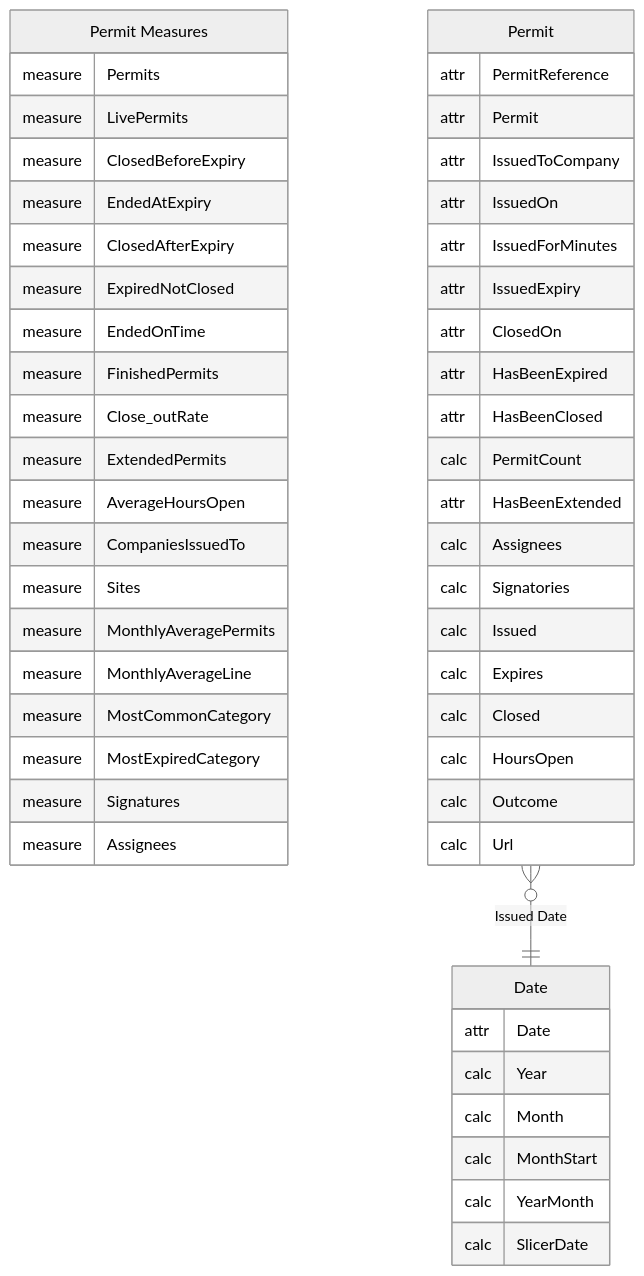
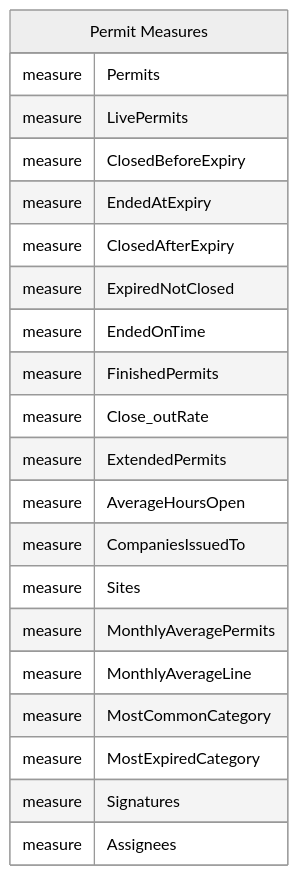
One commit to work-wallet/BIClient changed the seventh of 7 diagrams in PowerBISamplesModels/Permits.md. Above: the diagram before and after it, drawn with Mermaid. The commit also changed 17 other files, not shown here.

````diff
--- a/PowerBISamplesModels/Permits.md
+++ b/PowerBISamplesModels/Permits.md
@@ -304,58 +313,28 @@
 ```mermaid
 ---
 config:
   theme: neutral
 ---
 erDiagram
-    "Date" {
-        attr Date
-        calc Year
-        calc Month
-        calc MonthStart
-        calc YearMonth
-        calc SlicerDate
-    }
     "Permit Measures" {
         measure Permits
         measure LivePermits
         measure ClosedBeforeExpiry
         measure EndedAtExpiry
         measure ClosedAfterExpiry
         measure ExpiredNotClosed
         measure EndedOnTime
         measure FinishedPermits
         measure Close_outRate
         measure ExtendedPermits
         measure AverageHoursOpen
         measure CompaniesIssuedTo
         measure Sites
         measure MonthlyAveragePermits
         measure MonthlyAverageLine
         measure MostCommonCategory
         measure MostExpiredCategory
         measure Signatures
         measure Assignees
     }
-    "Permit" {
-        attr PermitReference
-        attr Permit
-        attr IssuedToCompany
-        attr IssuedOn
-        attr IssuedForMinutes
-        attr IssuedExpiry
-        attr ClosedOn
-        attr HasBeenExpired
-        attr HasBeenClosed
-        calc PermitCount
-        attr HasBeenExtended
-        calc Assignees
-        calc Signatories
-        calc Issued
-        calc Expires
-        calc Closed
-        calc HoursOpen
-        calc Outcome
-        calc Url
-    }
-    "Permit" }o--|| "Date" : "Issued Date"
 ```
````
